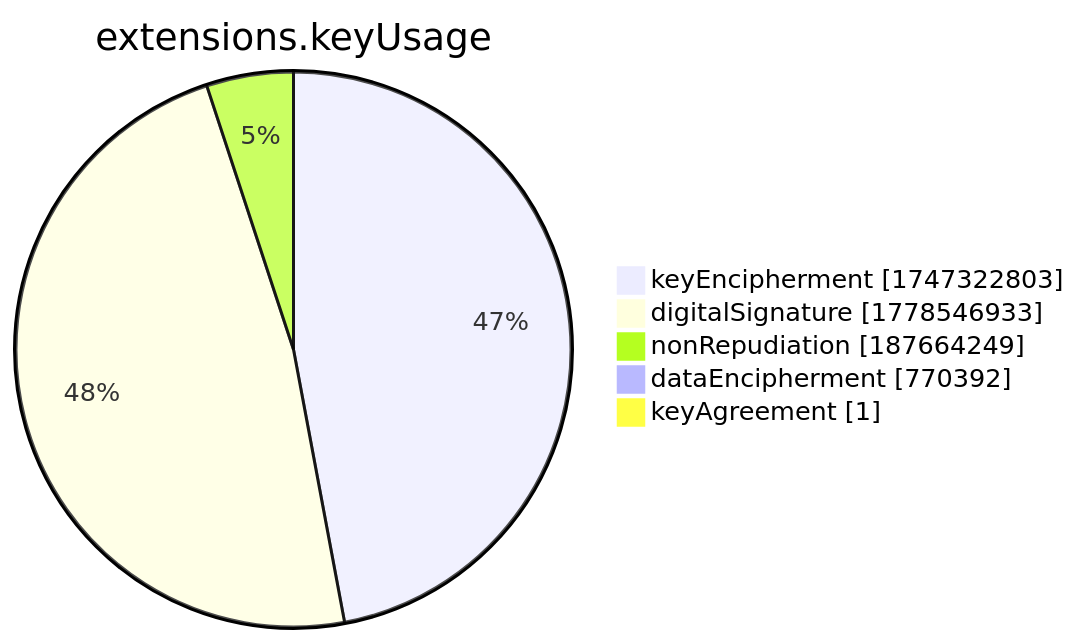
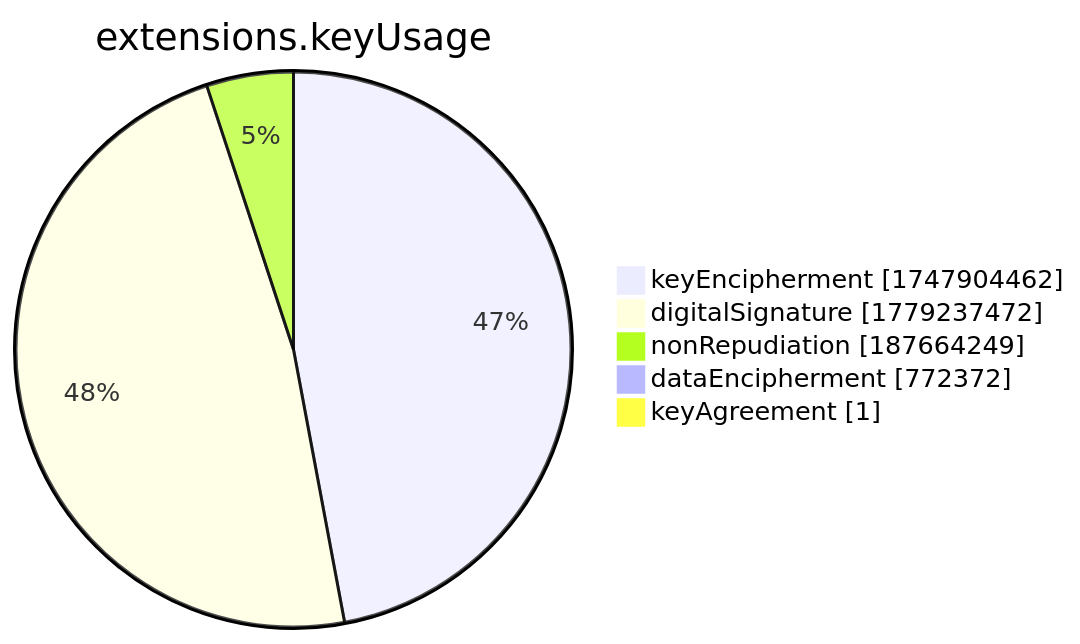
One commit to christiankrug/ctmonitor_visualization changed the seventh of 15 diagrams in xenon2022/README.md. Above: the diagram before and after it, drawn with Mermaid. The commit also changed other lines of this file, not shown here.

````diff
--- a/xenon2022/README.md
+++ b/xenon2022/README.md
@@ -2859,9 +2859,9 @@
 ```mermaid
 pie showData
 title extensions.keyUsage
-"keyEncipherment" :1747322803
-"digitalSignature" :1778546933
+"keyEncipherment" :1747904462
+"digitalSignature" :1779237472
 "nonRepudiation" :187664249
-"dataEncipherment" :770392
+"dataEncipherment" :772372
 "keyAgreement" :1
 ```
````
